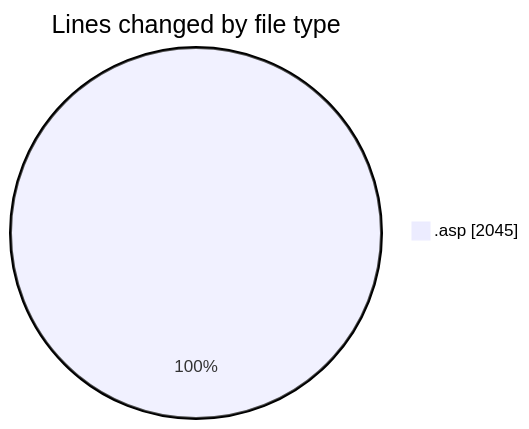
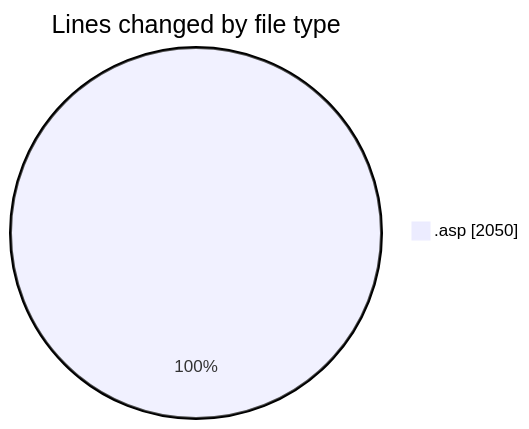
The first of 2 diagrams in 2025-11-01/cdp_aleoudev_fr__workspace_/README.md (julien-gomy/code-tracking), drawn with Mermaid before and after one commit. The commit also changed other lines of this file and 1 other file, not shown here.

````diff
--- a/2025-11-01/cdp_aleoudev_fr__workspace_/README.md
+++ b/2025-11-01/cdp_aleoudev_fr__workspace_/README.md
@@ -24,5 +24,5 @@
 ```mermaid
 pie showData
 title Lines changed by file type
-".asp" : 2045
+".asp" : 2050
 ```
````
